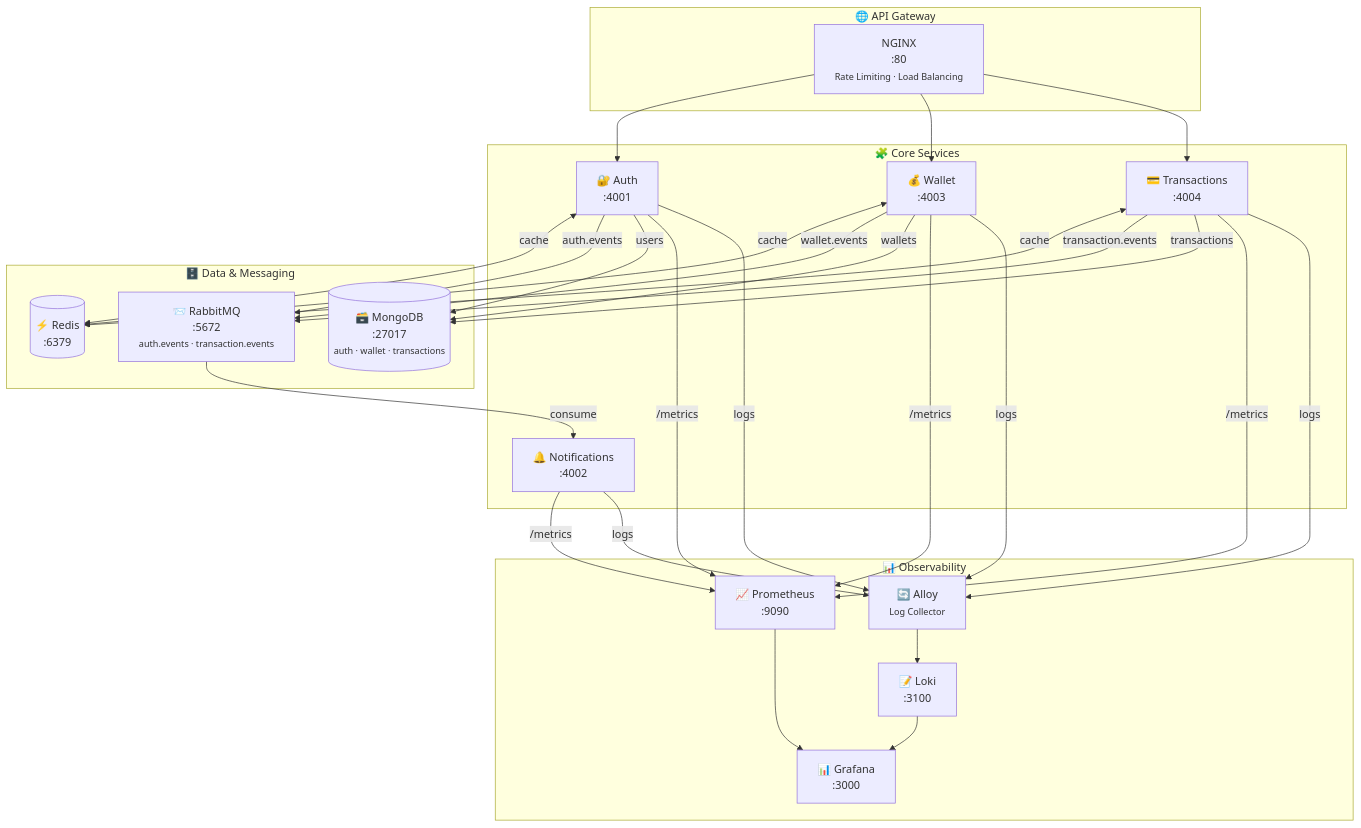
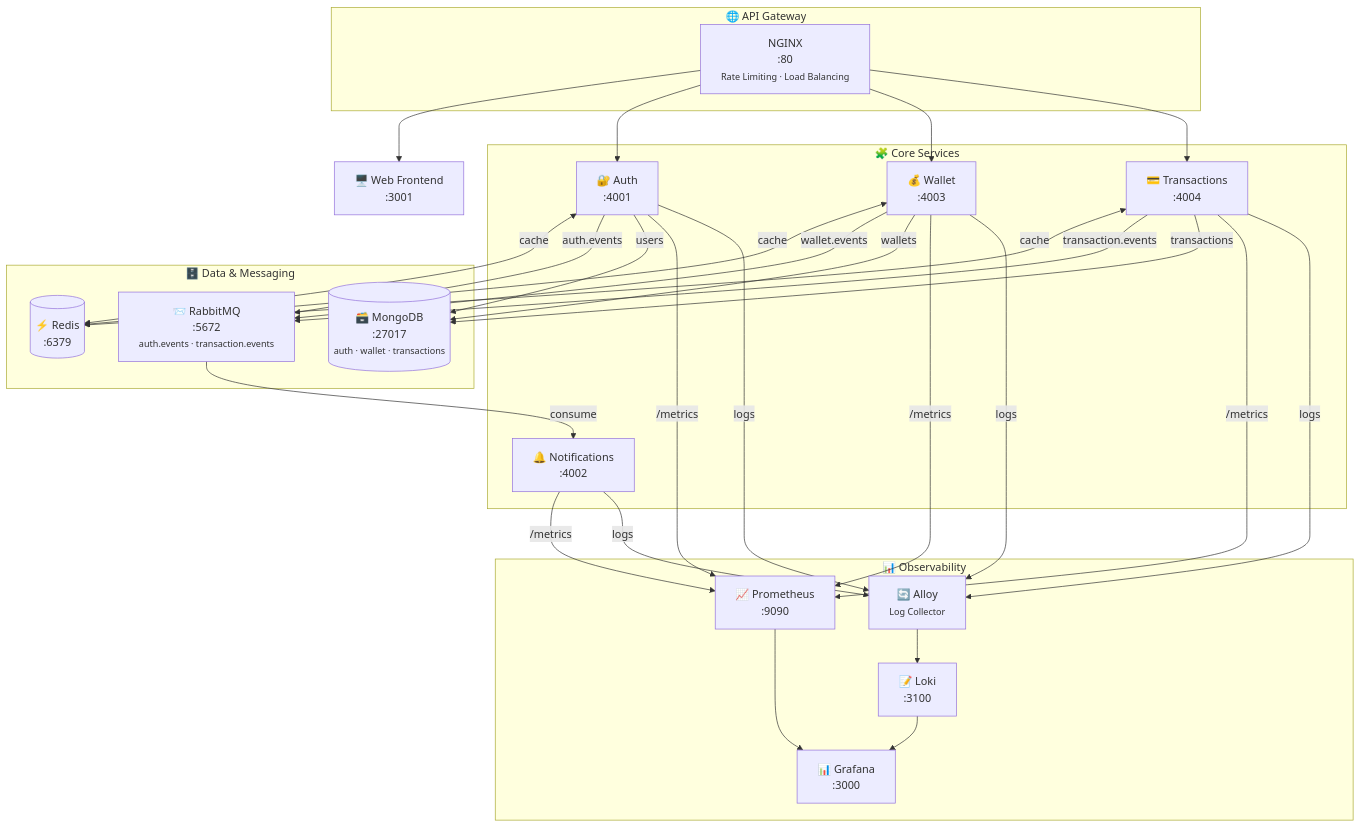
One commit to sreekarnv/mint changed the diagram in docs/architecture.md. Above: the diagram before and after it, drawn with Mermaid. The commit also changed other lines of this file and 11 other files, not shown here.

```diff
--- a/docs/architecture.md
+++ b/docs/architecture.md
@@ -58,6 +58,7 @@
     %% =========================
     %% TRAFFIC FLOW
     %% =========================
+    NGINX --> WEB["🖥️ Web Frontend<br/>:3001"]
     NGINX --> AUTH
     NGINX --> WALLET
     NGINX --> TXN
```
